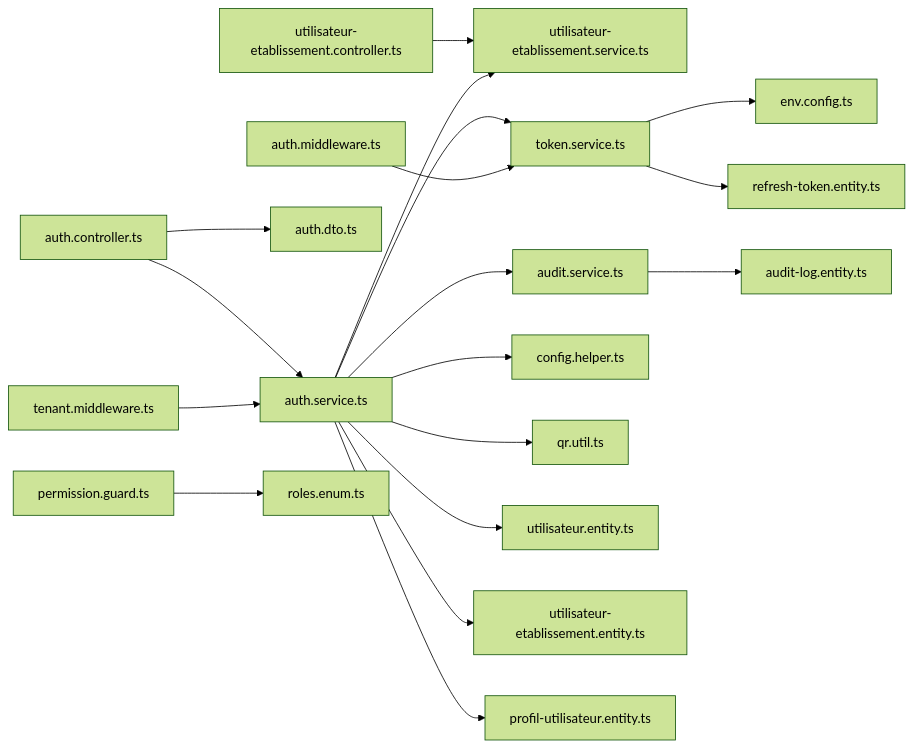
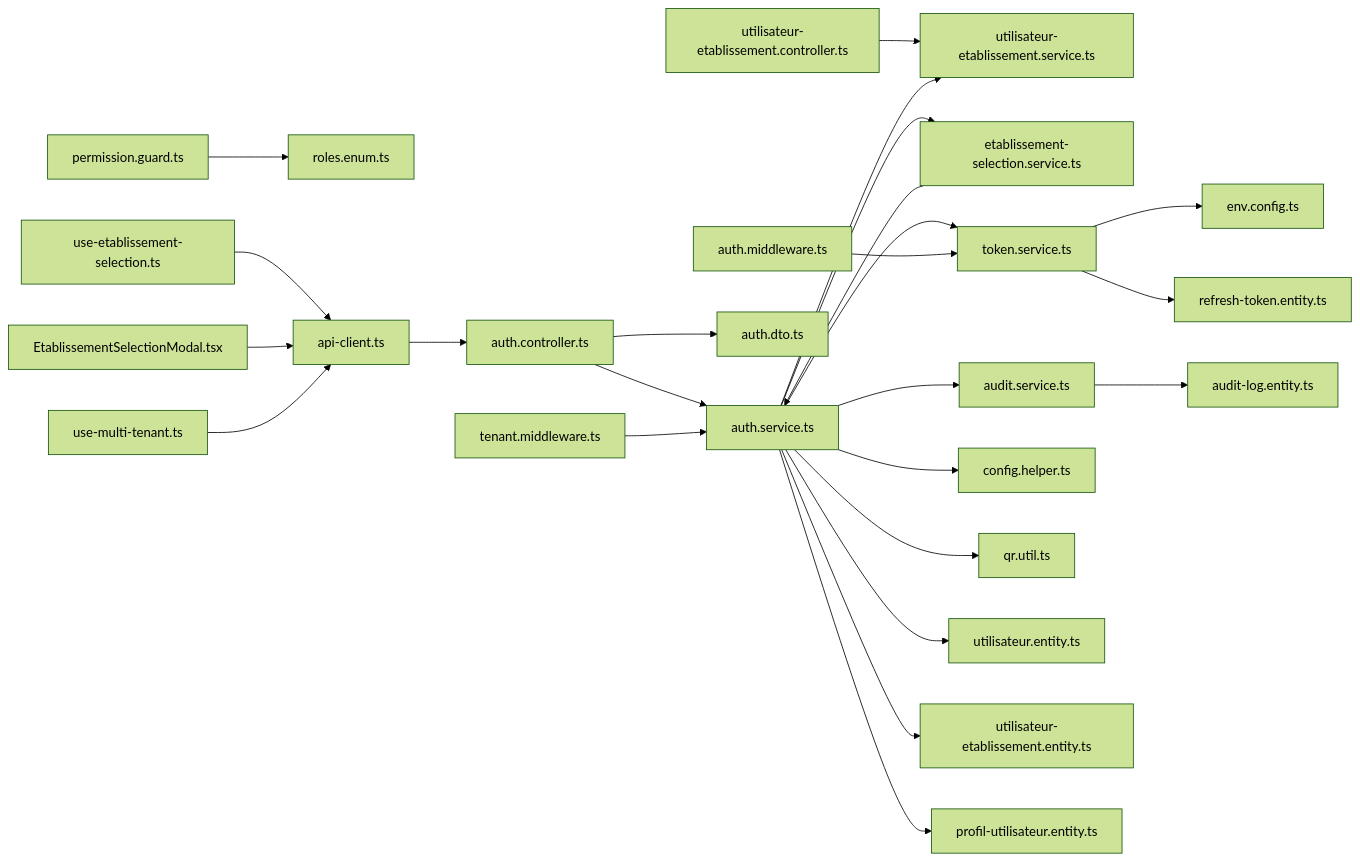
One commit to franckylab/eLISAschool changed diagram 13 of 13 in .qoder/repowiki/en/content/Authentication & Authorization/Authentication Flow.md. Above: the diagram before and after it, drawn with Mermaid (forest theme). The commit also changed other lines of this file and 281 other files, not shown here.

````diff
--- a/.qoder/repowiki/en/content/Authentication & Authorization/Authentication Flow.md
+++ b/.qoder/repowiki/en/content/Authentication & Authorization/Authentication Flow.md
@@ -814,20 +1102,26 @@
 ```mermaid
 graph LR
 AC["auth.controller.ts"] --> AS["auth.service.ts"]
 UEC["utilisateur-etablissement.controller.ts"] --> UES["utilisateur-etablissement.service.ts"]
+ES["etablissement-selection.service.ts"] --> AS
 AC --> DTO["auth.dto.ts"]
 AS --> TS["token.service.ts"]
 AS --> AUD["audit.service.ts"]
 AS --> CFG["config.helper.ts"]
 AS --> UES
+AS --> ES
 AS --> QRU["qr.util.ts"]
 TS --> ENV["env.config.ts"]
 TS --> RTE["refresh-token.entity.ts"]
 AS --> UE["utilisateur.entity.ts"]
 AS --> UTE["utilisateur-etablissement.entity.ts"]
 AS --> PE["profil-utilisateur.entity.ts"]
 AMW["auth.middleware.ts"] --> TS
 TMW["tenant.middleware.ts"] --> AS
 PG["permission.guard.ts"] --> ROLES["roles.enum.ts"]
 AUD --> ALE["audit-log.entity.ts"]
+API["api-client.ts"] --> AC
+HOOK["use-etablissement-selection.ts"] --> API
+MODAL["EtablissementSelectionModal.tsx"] --> API
+MT["use-multi-tenant.ts"] --> API
 ```
````
